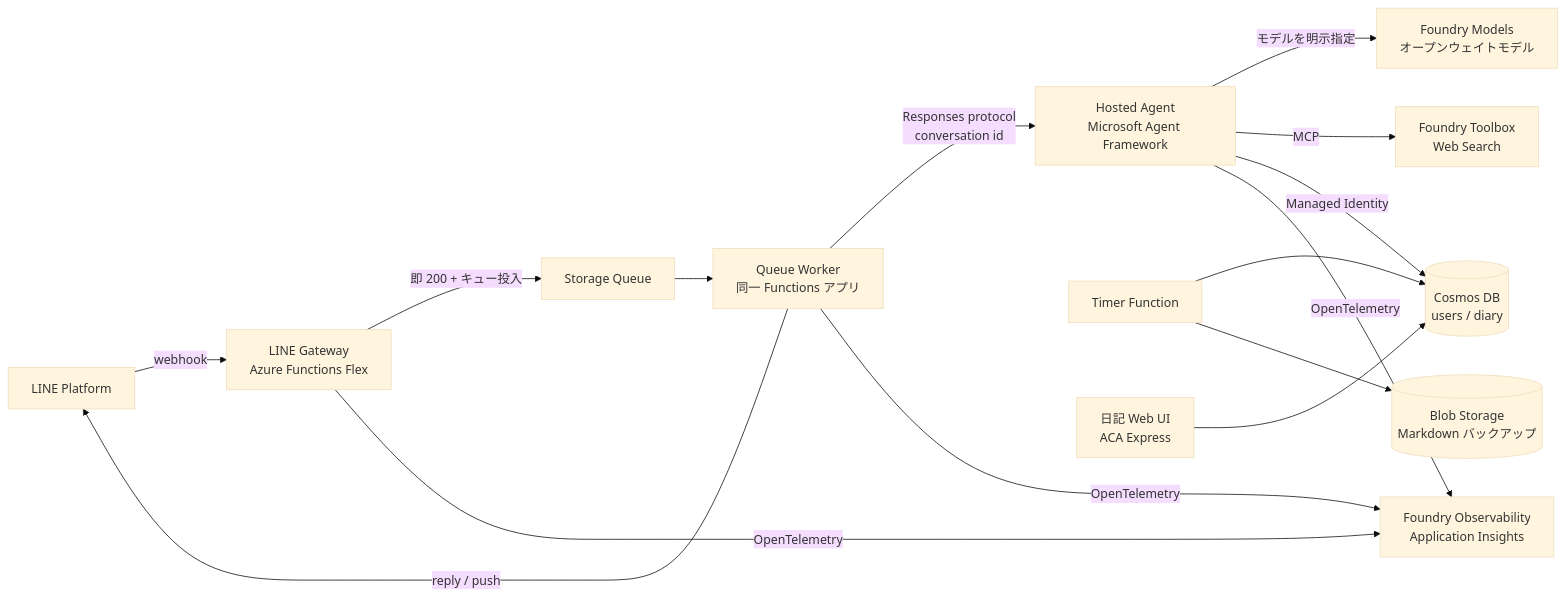
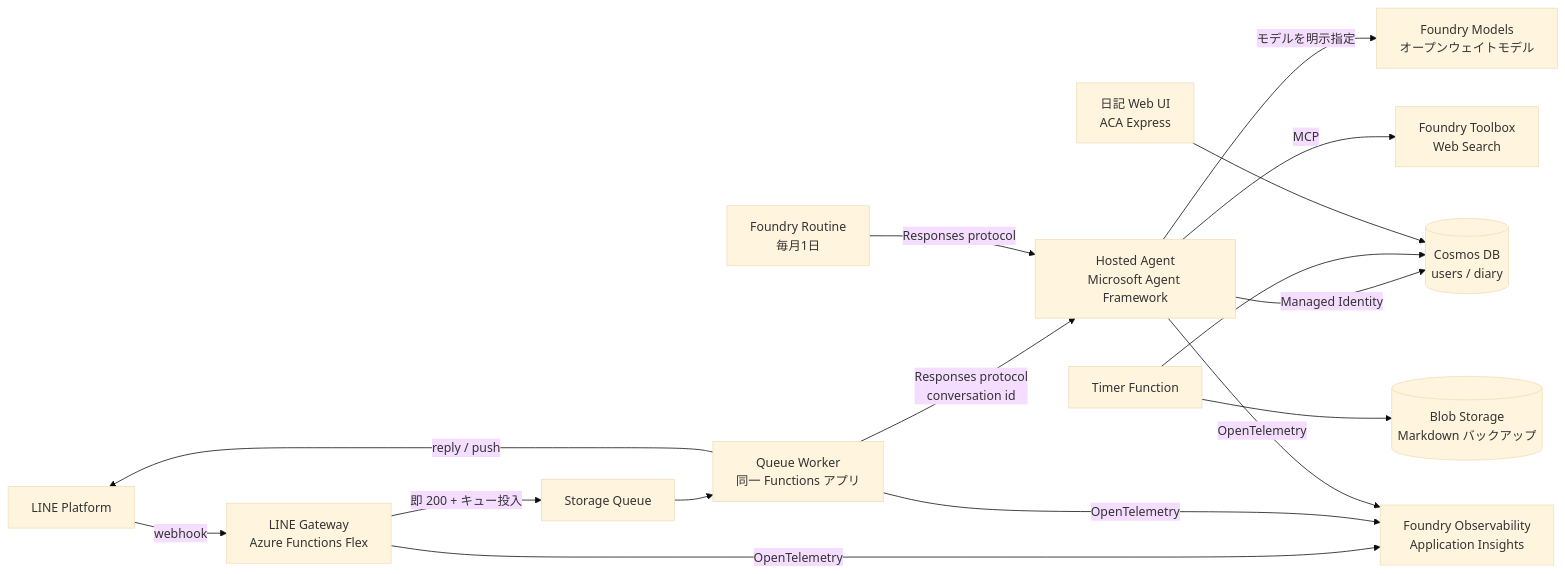
The diagram in docs/adr/0001-azure-native-agent-architecture.md (Tomodo1773/line-character-agent), drawn with Mermaid (base theme) before and after one commit. The commit also changed other lines of this file and 55 other files, not shown here.

````diff
--- a/docs/adr/0001-azure-native-agent-architecture.md
+++ b/docs/adr/0001-azure-native-agent-architecture.md
@@ -34,15 +34,16 @@
 ```mermaid
 flowchart LR
     LINE[LINE Platform] -->|webhook| GW[LINE Gateway<br/>Azure Functions Flex]
     GW -->|即 200 + キュー投入| Q[Storage Queue]
     Q --> W[Queue Worker<br/>同一 Functions アプリ]
     W -->|Responses protocol<br/>conversation id| HA[Hosted Agent<br/>Microsoft Agent Framework]
     W -->|reply / push| LINE
     HA -->|モデルを明示指定| M[Foundry Models<br/>オープンウェイトモデル]
     HA -->|MCP| TB[Foundry Toolbox<br/>Web Search]
     HA -->|Managed Identity| COS[(Cosmos DB<br/>users / diary)]
+    RT[Foundry Routine<br/>毎月1日] -->|Responses protocol| HA
     BK[Timer Function] --> COS
     BK --> BLOB[(Blob Storage<br/>Markdown バックアップ)]
     UI[日記 Web UI<br/>ACA Express] --> COS
     GW & W & HA -->|OpenTelemetry| OBS[Foundry Observability<br/>Application Insights]
 ```
````
